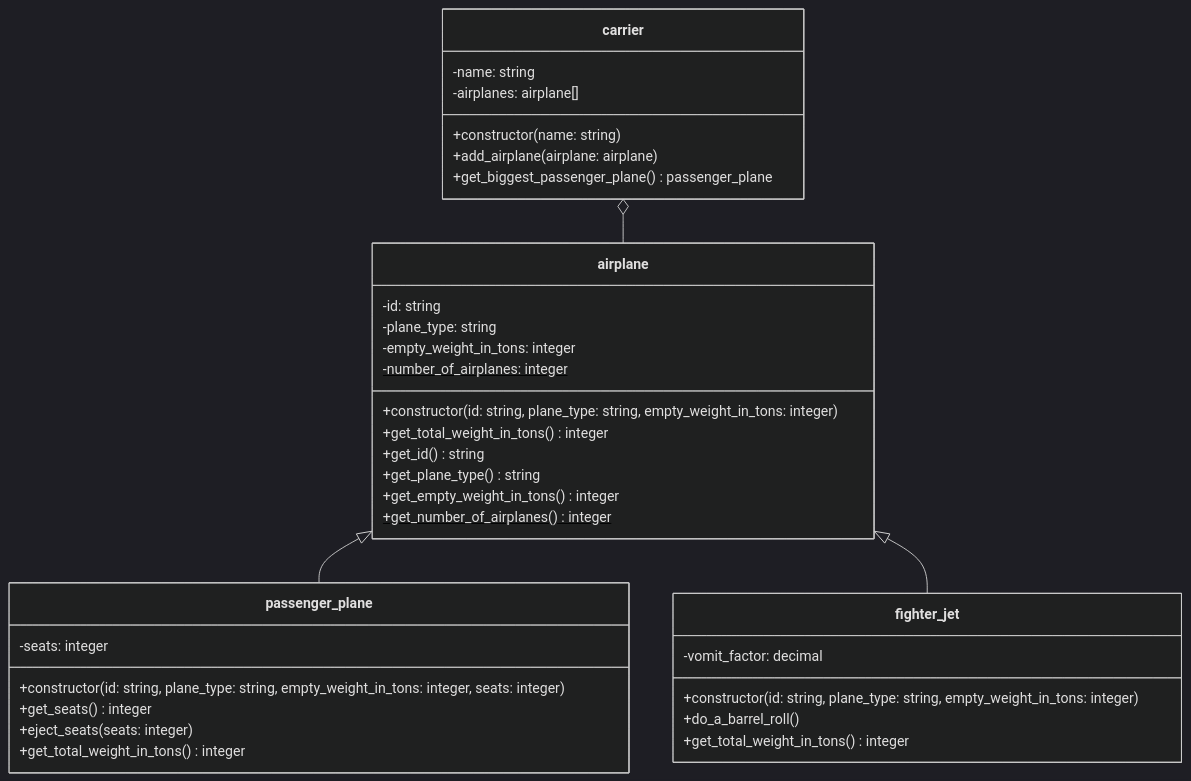
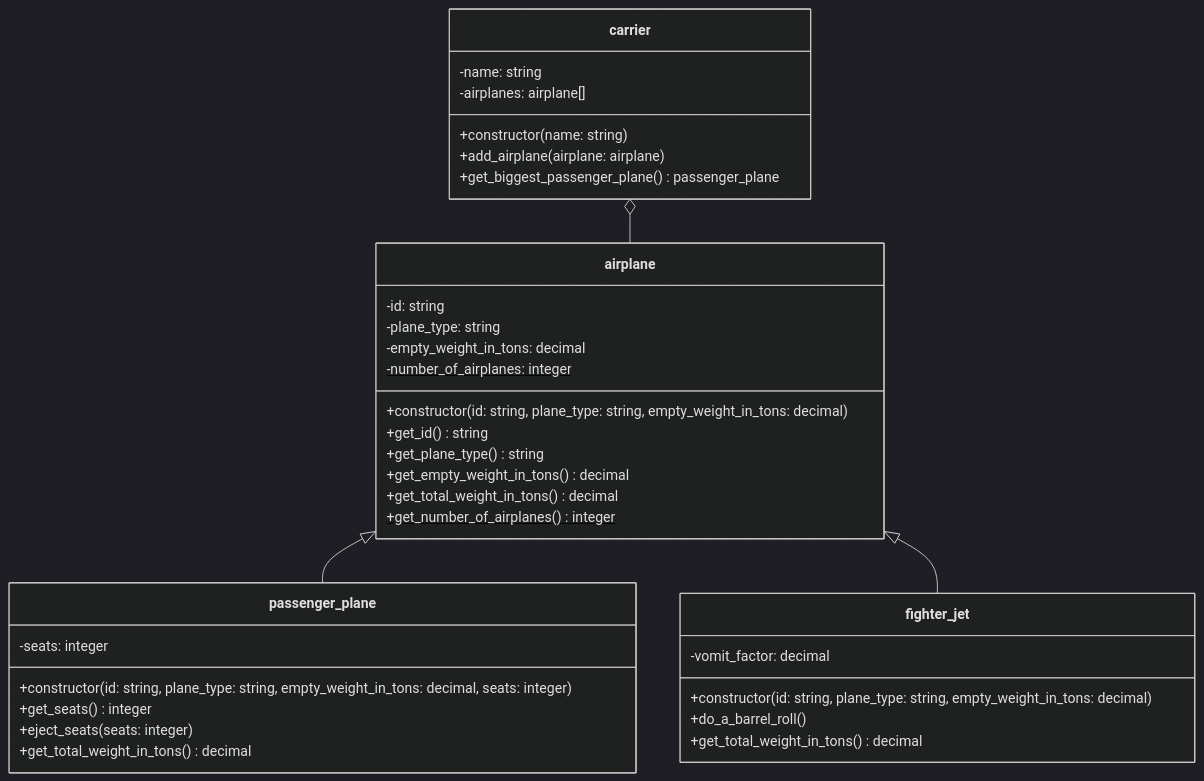
Before and after one commit to appenmaier/s4hana: the diagram in docs/exercises/abap-objects/abap-objects-07.md, drawn with Mermaid (dark theme). The commit also changed 7 other files, not shown here.

````diff
--- a/docs/exercises/abap-objects/abap-objects-07.md
+++ b/docs/exercises/abap-objects/abap-objects-07.md
@@ -18,42 +18,42 @@
 ```mermaid
 classDiagram
    carrier o-- airplane
    airplane <|-- passenger_plane
    airplane <|-- fighter_jet
 
    class airplane {
       -id: string
       -plane_type: string
-      -empty_weight_in_tons: integer
+      -empty_weight_in_tons: decimal
       -number_of_airplanes: integer$
-      +constructor(id: string, plane_type: string, empty_weight_in_tons: integer)
-      +get_total_weight_in_tons() integer
+      +constructor(id: string, plane_type: string, empty_weight_in_tons: decimal)      
       +get_id() string
       +get_plane_type() string
-      +get_empty_weight_in_tons() integer
+      +get_empty_weight_in_tons() decimal
+      +get_total_weight_in_tons() decimal
       +get_number_of_airplanes() integer$
    }
 
    class passenger_plane {
       -seats: integer
-      +constructor(id: string, plane_type: string, empty_weight_in_tons: integer, seats: integer)
+      +constructor(id: string, plane_type: string, empty_weight_in_tons: decimal, seats: integer)
       +get_seats() integer
       +eject_seats(seats: integer)
-      +get_total_weight_in_tons() integer
+      +get_total_weight_in_tons() decimal
    }
 
    class fighter_jet {
       -vomit_factor: decimal
-      +constructor(id: string, plane_type: string, empty_weight_in_tons: integer)
+      +constructor(id: string, plane_type: string, empty_weight_in_tons: decimal)
       +do_a_barrel_roll()
-      +get_total_weight_in_tons() integer
+      +get_total_weight_in_tons() decimal
    }
 
    class carrier {
       -name: string
       -airplanes: airplane[]
       +constructor(name: string)
       +add_airplane(airplane: airplane)
       +get_biggest_passenger_plane() passenger_plane
    }
 ```
````
